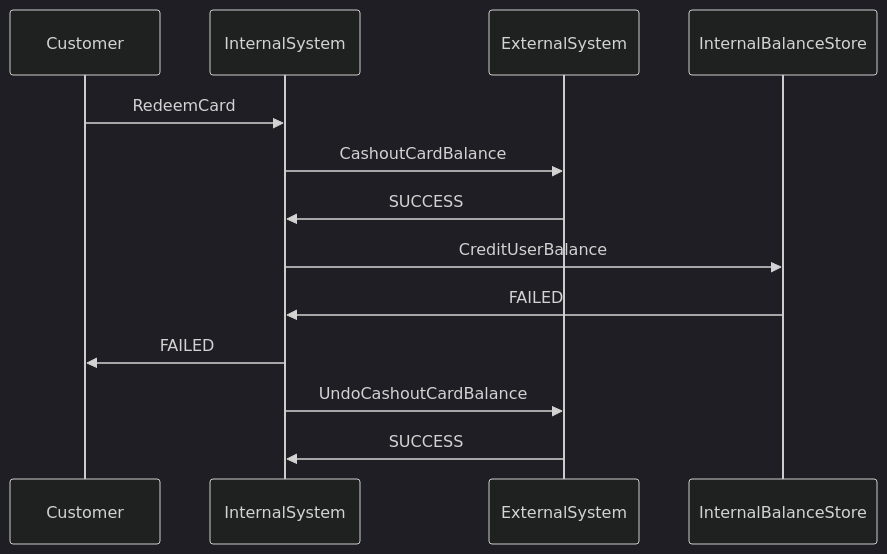
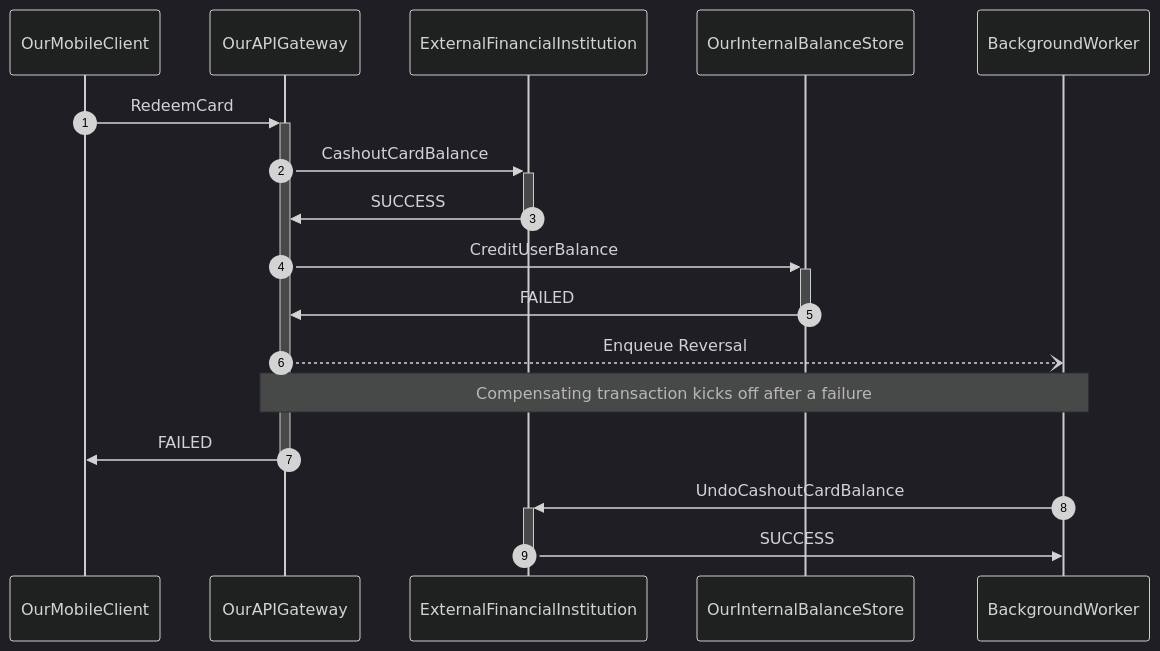
One commit to andrewhao/tla-plus-onramp changed the diagram in specs/CardTransfer/README.md. Above: the diagram before and after it, drawn with Mermaid (dark theme). The commit also changed other lines of this file, not shown here.

````diff
--- a/specs/CardTransfer/README.md
+++ b/specs/CardTransfer/README.md
@@ -26,11 +46,14 @@
 ```mermaid
 sequenceDiagram
-Customer->>InternalSystem: RedeemCard
-InternalSystem->>ExternalSystem: CashoutCardBalance
-ExternalSystem->>InternalSystem: SUCCESS
-InternalSystem->>InternalBalanceStore: CreditUserBalance
-InternalBalanceStore->>InternalSystem: FAILED
-InternalSystem->>Customer: FAILED
-InternalSystem->>ExternalSystem: UndoCashoutCardBalance
-ExternalSystem->>InternalSystem: SUCCESS
+autonumber
+OurMobileClient->>+OurAPIGateway: RedeemCard
+OurAPIGateway->>+ExternalFinancialInstitution: CashoutCardBalance
+ExternalFinancialInstitution->>-OurAPIGateway: SUCCESS
+OurAPIGateway->>+OurInternalBalanceStore: CreditUserBalance
+OurInternalBalanceStore->>-OurAPIGateway: FAILED
+OurAPIGateway--)BackgroundWorker: Enqueue Reversal
+Note over OurAPIGateway,BackgroundWorker: Compensating transaction kicks off after a failure
+OurAPIGateway->>-OurMobileClient: FAILED
+BackgroundWorker->>+ExternalFinancialInstitution: UndoCashoutCardBalance
+ExternalFinancialInstitution->>-BackgroundWorker: SUCCESS
 ```
````
